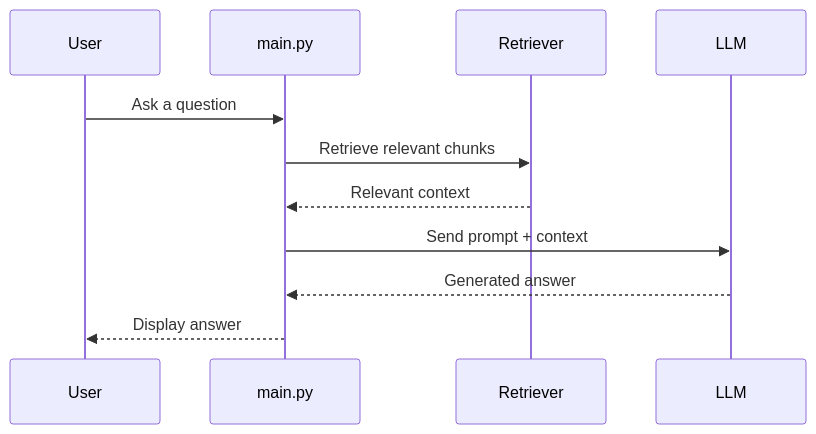
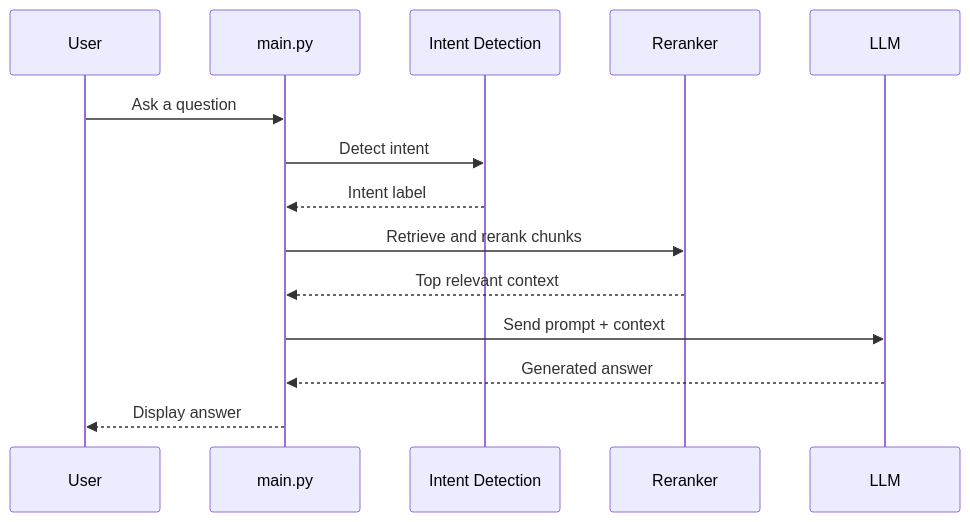
Before and after one commit to MichaelOdera/Rag-Pipeline-using-Ollama: the second of 2 diagrams in README.md, drawn with Mermaid. The commit also changed other lines of this file and 1 other file, not shown here.

````diff
--- a/README.md
+++ b/README.md
@@ -81,14 +86,17 @@
 ```mermaid
 sequenceDiagram
     participant U as User
     participant M as main.py
-    participant R as Retriever
+    participant I as Intent Detection
+    participant R as Reranker
     participant L as LLM
 
     U->>M: Ask a question
-    M->>R: Retrieve relevant chunks
-    R-->>M: Relevant context
+    M->>I: Detect intent
+    I-->>M: Intent label
+    M->>R: Retrieve and rerank chunks
+    R-->>M: Top relevant context
     M->>L: Send prompt + context
     L-->>M: Generated answer
     M-->>U: Display answer
 ```
````
